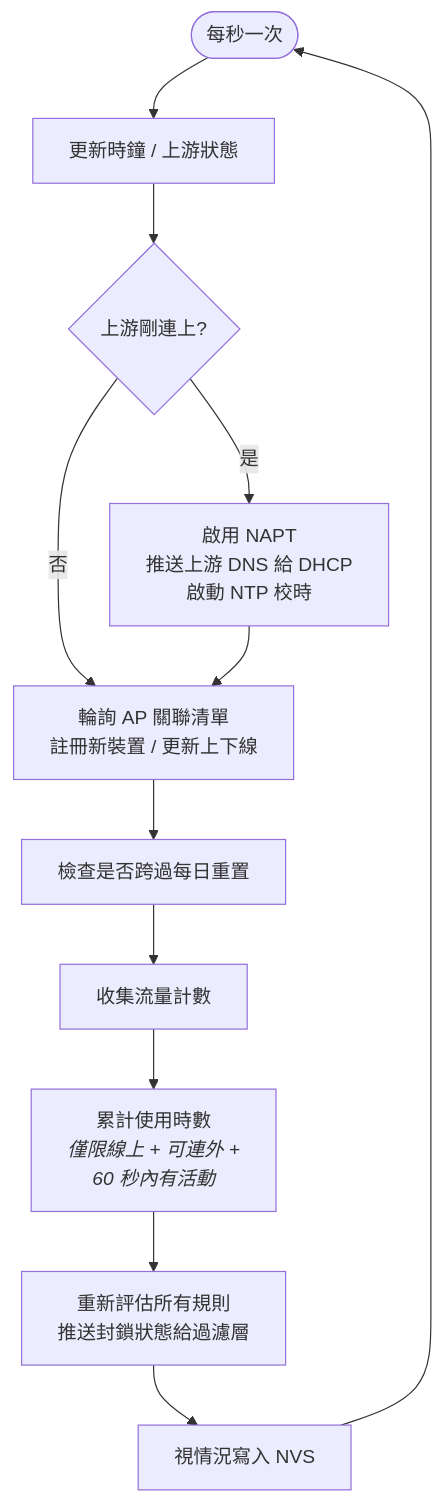
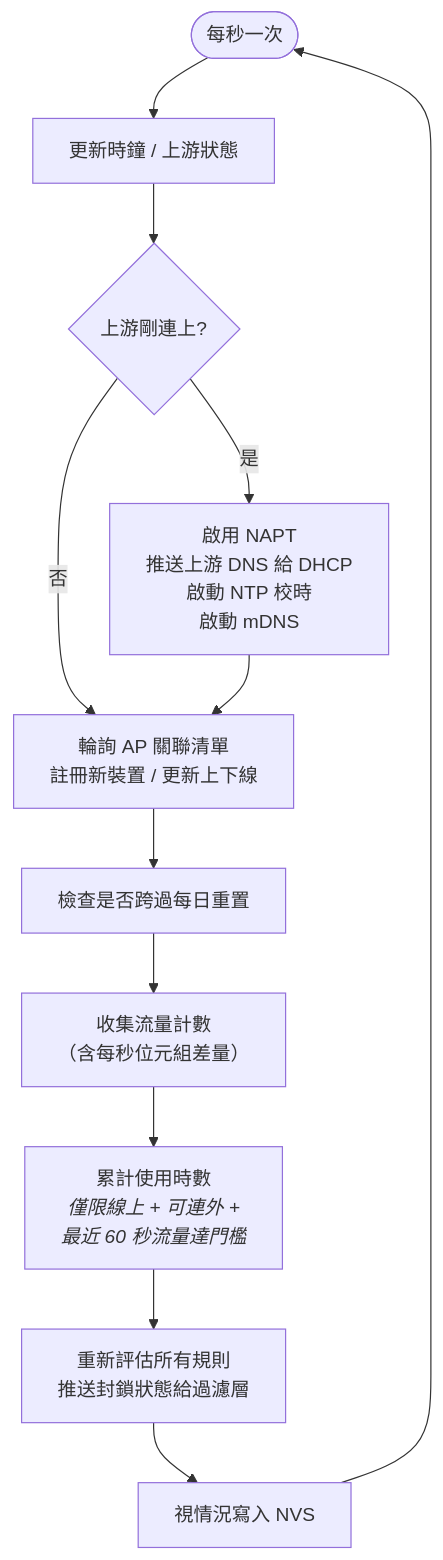
Before and after one commit to binomial0418/net-flow-ctrl: the fifth of 5 diagrams in README.md, drawn with Mermaid. The commit also changed other lines of this file and 7 other files, not shown here.

Commit message:
feat: add device access time extension functionality and configurable active flow threshold

````diff
--- a/README.md
+++ b/README.md
@@ -190,14 +239,14 @@
 ```mermaid
 flowchart TD
     LOOP([每秒一次]) --> T1["更新時鐘 / 上游狀態"]
     T1 --> T2{"上游剛連上?"}
-    T2 -->|是| T3["啟用 NAPT<br/>推送上游 DNS 給 DHCP<br/>啟動 NTP 校時"]
+    T2 -->|是| T3["啟用 NAPT<br/>推送上游 DNS 給 DHCP<br/>啟動 NTP 校時<br/>啟動 mDNS"]
     T2 -->|否| T4
     T3 --> T4["輪詢 AP 關聯清單<br/>註冊新裝置 / 更新上下線"]
     T4 --> T5["檢查是否跨過每日重置"]
-    T5 --> T6["收集流量計數"]
-    T6 --> T7["累計使用時數<br/><i>僅限線上 + 可連外 +<br/>60 秒內有活動</i>"]
+    T5 --> T6["收集流量計數<br/>（含每秒位元組差量）"]
+    T6 --> T7["累計使用時數<br/><i>僅限線上 + 可連外 +<br/>最近 60 秒流量達門檻</i>"]
     T7 --> T8["重新評估所有規則<br/>推送封鎖狀態給過濾層"]
     T8 --> T9["視情況寫入 NVS"]
     T9 --> LOOP
 ```
````
